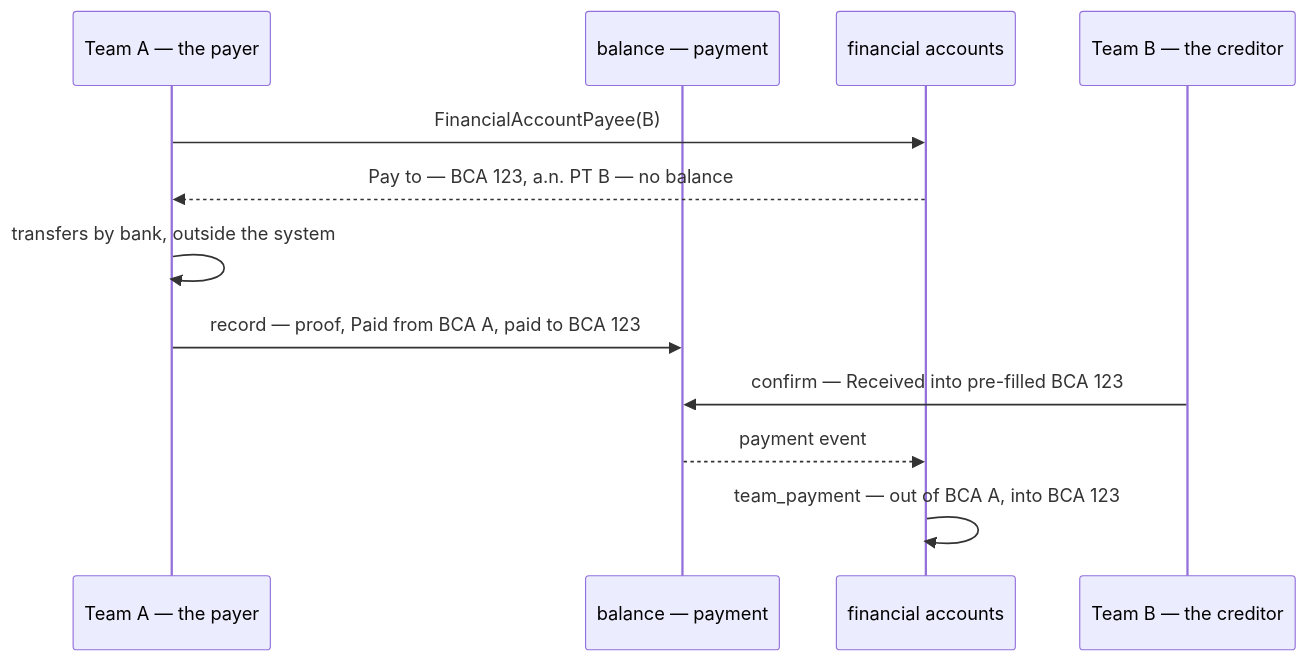
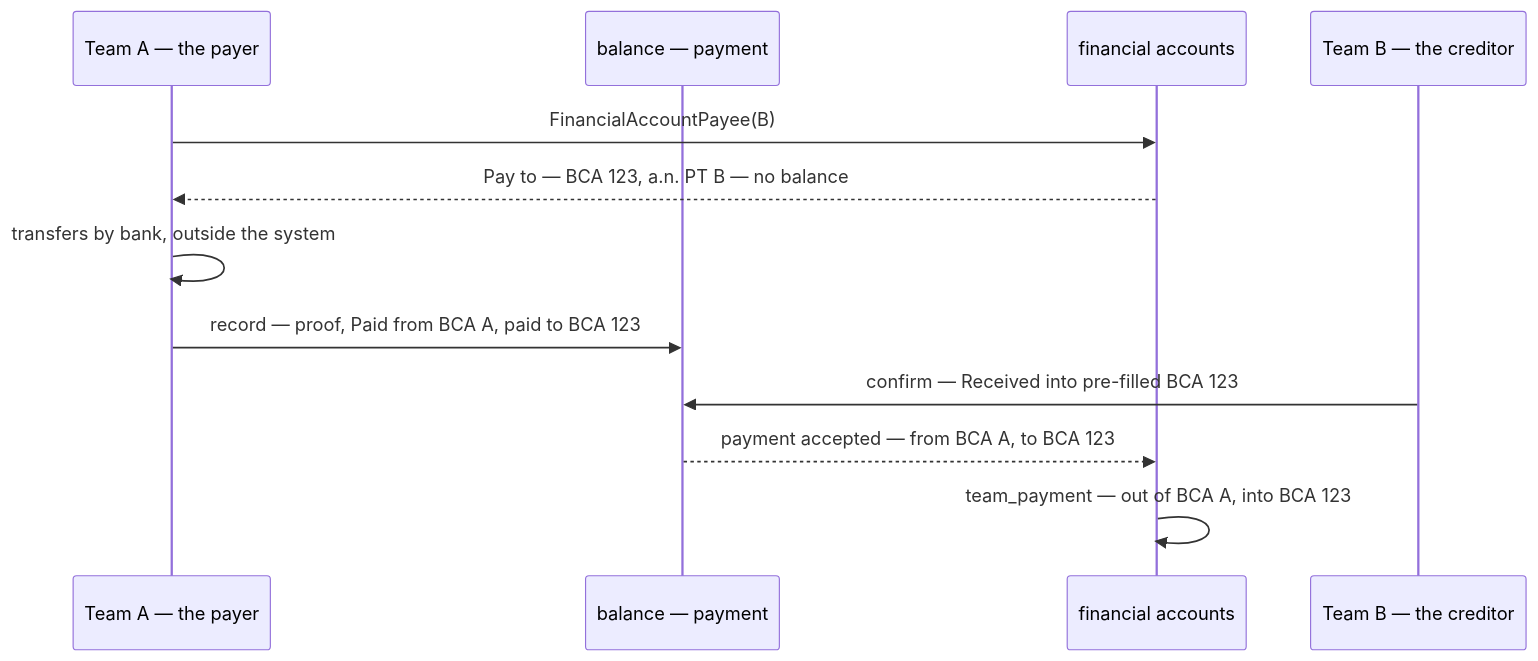
Before and after one commit to pdcgo/warehouse_revamp: the sixth of 7 diagrams in docs/business/financial_account/context_clarify.md, drawn with Mermaid. The commit also changed other lines of this file and 3 other files, not shown here.

````diff
--- a/docs/business/financial_account/context_clarify.md
+++ b/docs/business/financial_account/context_clarify.md
@@ -366,14 +367,14 @@
    ```mermaid
    sequenceDiagram
      participant A as Team A — the payer
      participant L as balance — payment
      participant F as financial accounts
      participant B as Team B — the creditor
      A->>F: FinancialAccountPayee(B)
      F-->>A: Pay to — BCA 123, a.n. PT B — no balance
      A->>A: transfers by bank, outside the system
      A->>L: record — proof, Paid from BCA A, paid to BCA 123
      B->>L: confirm — Received into pre-filled BCA 123
-     L-->>F: payment event
+     L-->>F: payment accepted — from BCA A, to BCA 123
      F->>F: team_payment — out of BCA A, into BCA 123
    ```
````
